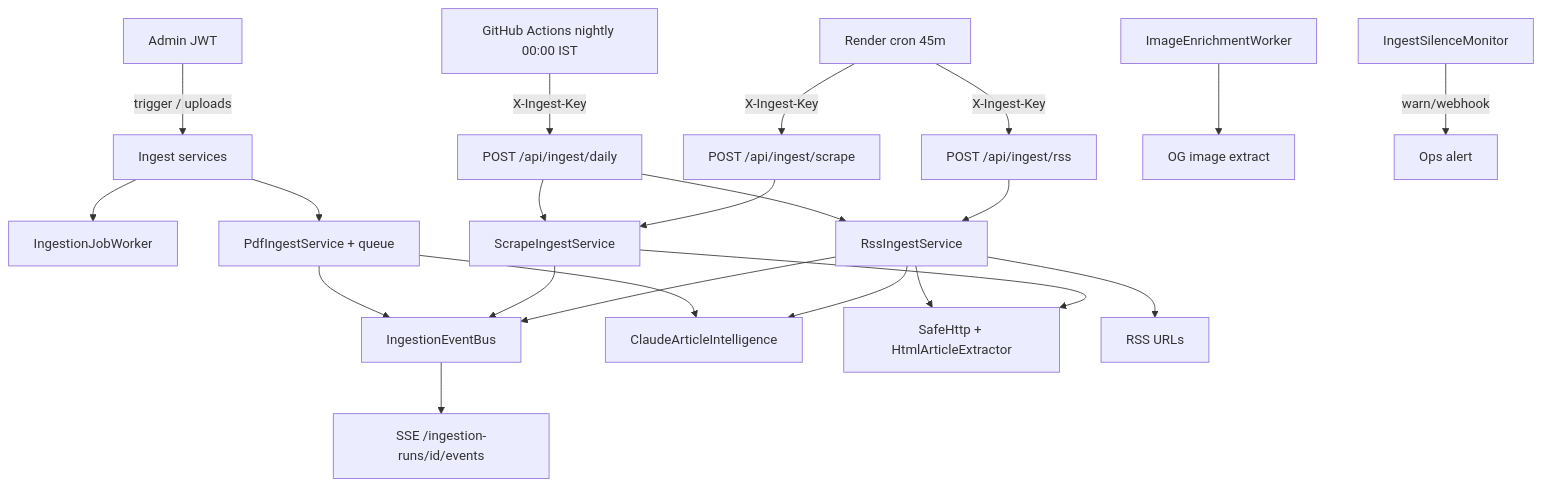
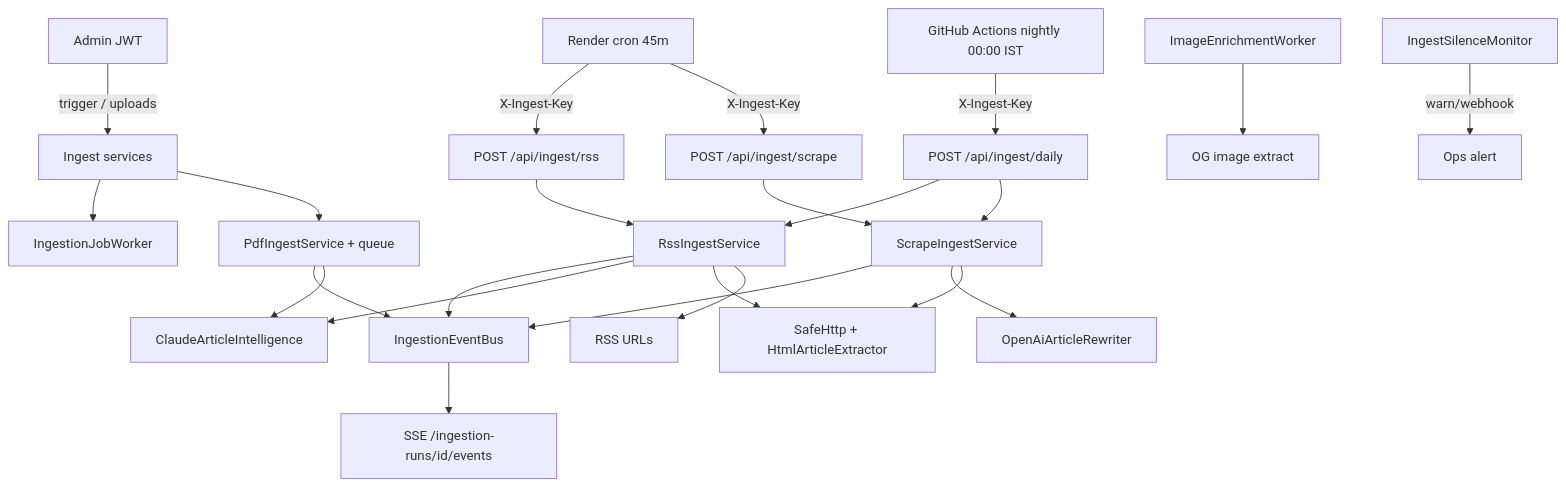
One commit to sshivanshg/TAZAkhabar changed the first of 2 diagrams in docs/architecture/04-ingestion.md. Above: the diagram before and after it, drawn with Mermaid. The commit also changed other lines of this file and 18 other files, not shown here.

````diff
--- a/docs/architecture/04-ingestion.md
+++ b/docs/architecture/04-ingestion.md
@@ -35,24 +35,25 @@
 ```mermaid
 flowchart TB
   Cron[Render cron 45m] -->|X-Ingest-Key| RssEP[POST /api/ingest/rss]
   Cron -->|X-Ingest-Key| ScrapeEP[POST /api/ingest/scrape]
   DailyCron[GitHub Actions nightly 00:00 IST] -->|X-Ingest-Key| DailyEP[POST /api/ingest/daily]
   Admin[Admin JWT] -->|trigger / uploads| API[Ingest services]
   API --> Job[IngestionJobWorker]
   RssEP --> RssSvc[RssIngestService]
   ScrapeEP --> ScrapeSvc[ScrapeIngestService]
   DailyEP --> RssSvc
   DailyEP --> ScrapeSvc
   API --> PdfSvc[PdfIngestService + queue]
   RssSvc --> Bus[IngestionEventBus]
   ScrapeSvc --> Bus
   PdfSvc --> Bus
   Bus --> SSE[SSE /ingestion-runs/id/events]
   RssSvc --> Claude[ClaudeArticleIntelligence]
   PdfSvc --> Claude
+  ScrapeSvc --> OpenAI[OpenAiArticleRewriter]
   ScrapeSvc --> HTML[SafeHttp + HtmlArticleExtractor]
   RssSvc --> HTML
   RssSvc --> Feeds[RSS URLs]
   ImgQ[ImageEnrichmentWorker] --> OG[OG image extract]
   Silence[IngestSilenceMonitor] -->|warn/webhook| Alert[Ops alert]
 ```
````
